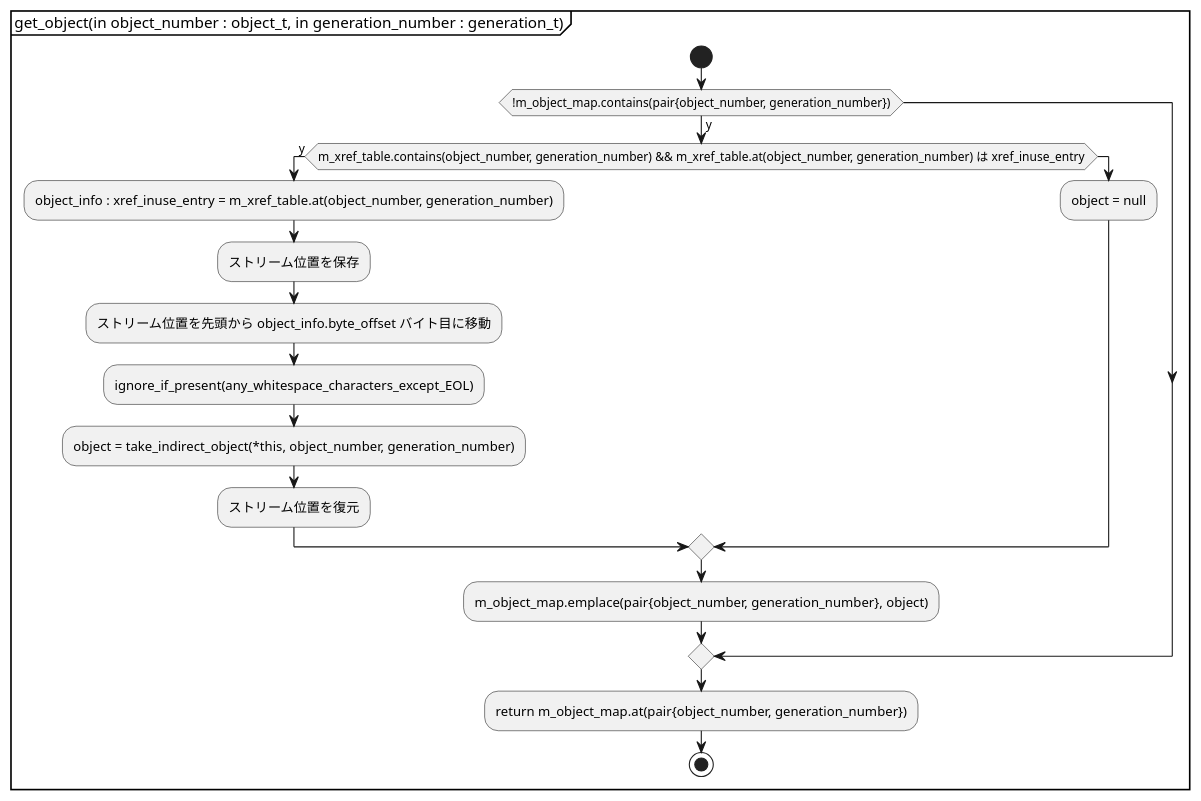
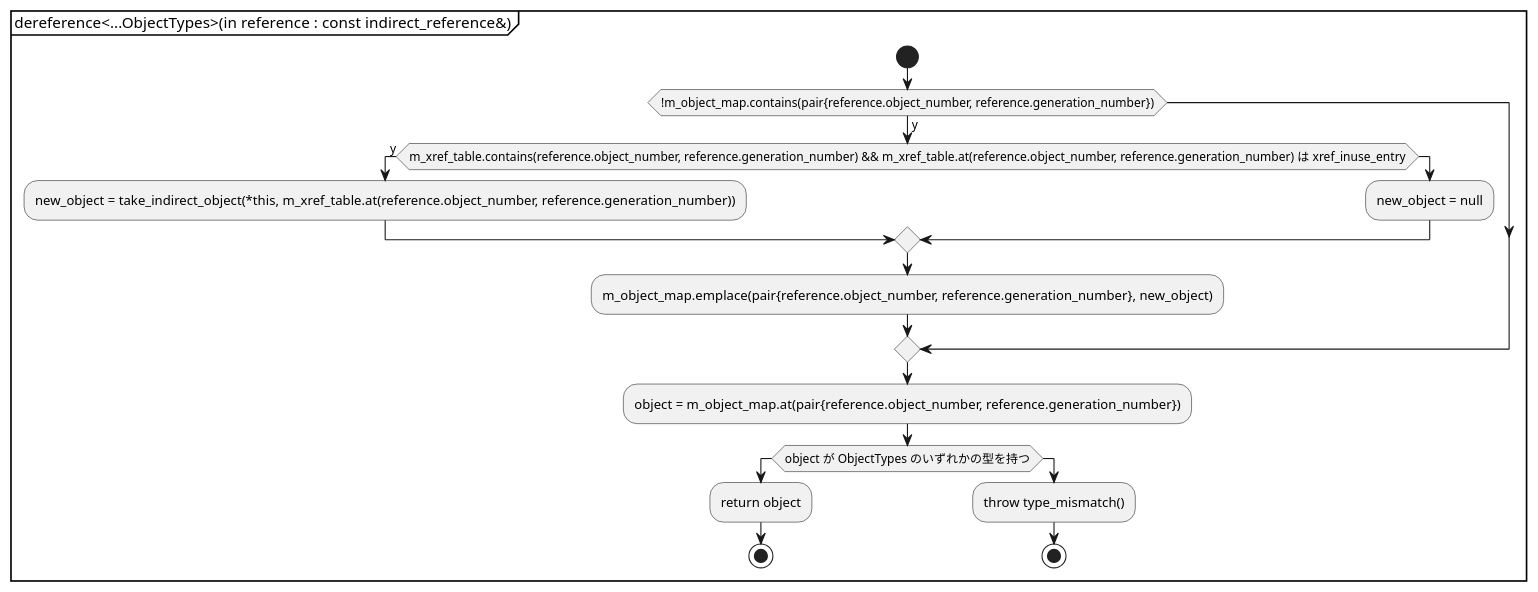
One commit to KodaiYM/PDFReader changed the third of 3 diagrams in document/object_pool.activity.pu. Above: the diagram before and after it, drawn with PlantUML. The commit also changed other lines of this file and 7 other files, not shown here.

```diff
--- a/document/object_pool.activity.pu
+++ b/document/object_pool.activity.pu
@@ -30,21 +29,24 @@
-@startuml get_object
-partition "get_object(in object_number : object_t, in generation_number : generation_t)" {
+@startuml dereference of reference
+partition "dereference<...ObjectTypes>(in reference : const indirect_reference&)" {
 start
-	if (!m_object_map.contains(pair{object_number, generation_number})) then (y)
-		if (m_xref_table.contains(object_number, generation_number) && m_xref_table.at(object_number, generation_number) は xref_inuse_entry) then (y)
-			:object_info : xref_inuse_entry = m_xref_table.at(object_number, generation_number);
-			:ストリーム位置を保存;
-			:ストリーム位置を先頭から object_info.byte_offset バイト目に移動;
-			:ignore_if_present(any_whitespace_characters_except_EOL);
-			:object = take_indirect_object(*this, object_number, generation_number);
-			:ストリーム位置を復元;
+	if (!m_object_map.contains(pair{reference.object_number, reference.generation_number})) then (y)
+		if (m_xref_table.contains(reference.object_number, reference.generation_number) && m_xref_table.at(reference.object_number, reference.generation_number) は xref_inuse_entry) then (y)
+			:new_object = take_indirect_object(*this, m_xref_table.at(reference.object_number, reference.generation_number));
 		else
-			:object = null;
+			:new_object = null;
 		endif
-		:m_object_map.emplace(pair{object_number, generation_number}, object);
+
+		:m_object_map.emplace(pair{reference.object_number, reference.generation_number}, new_object);
 	endif
 
-	:return m_object_map.at(pair{object_number, generation_number});
-stop
+	:object = m_object_map.at(pair{reference.object_number, reference.generation_number});
+	if (object が ObjectTypes のいずれかの型を持つ)
+		:return object;
+		stop
+	else
+		:throw type_mismatch();
+		stop
+	endif
+'stop
 }
 @enduml
```
